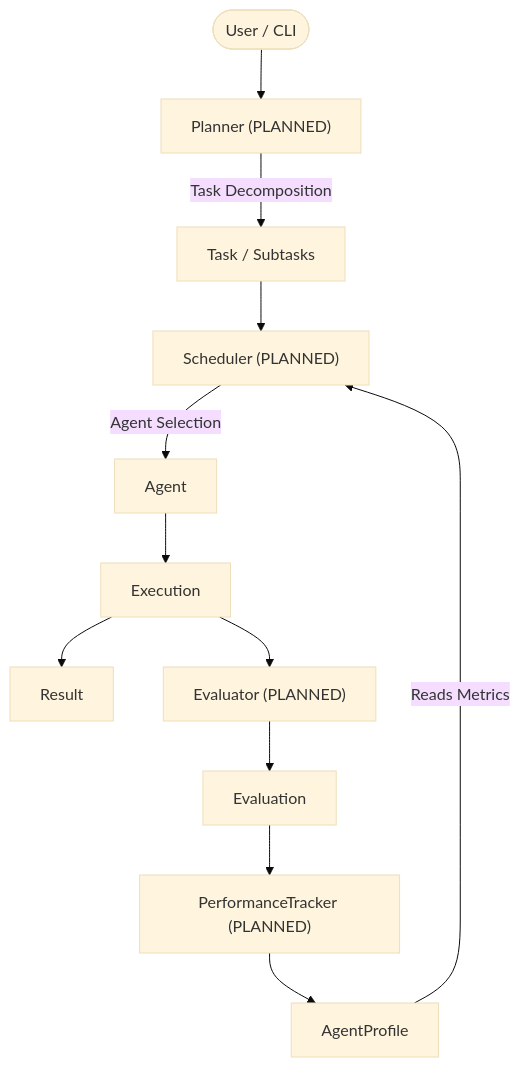
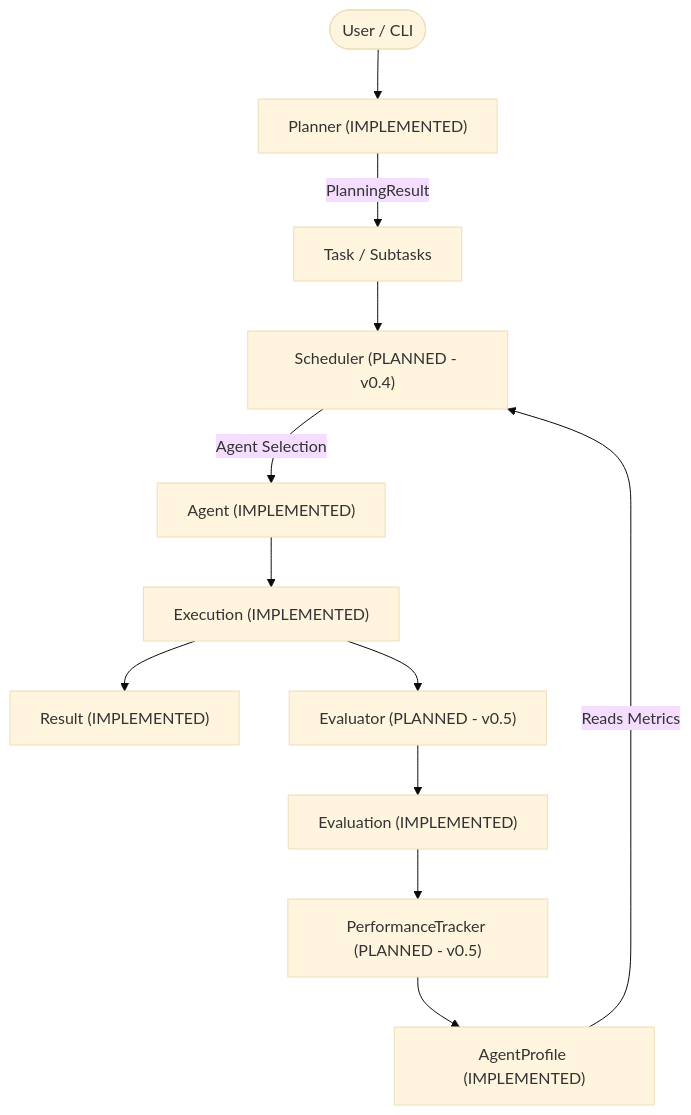
One commit to AsmitBhandari/ABOS changed the second of 2 diagrams in context/ARCHITECTURE.md. Above: the diagram before and after it, drawn with Mermaid (base theme). The commit also changed other lines of this file and 12 other files, not shown here.

Commit message:
feat: add ABOS v0.3 planner and task decomposition

````diff
--- a/context/ARCHITECTURE.md
+++ b/context/ARCHITECTURE.md
@@ -62,14 +78,14 @@
 ```mermaid
 flowchart TD
-    User([User / CLI]) --> Planner["Planner (PLANNED)"]
-    Planner -->|Task Decomposition| Task["Task / Subtasks"]
-    Task --> Scheduler["Scheduler (PLANNED)"]
-    Scheduler -->|Agent Selection| Agent["Agent"]
-    Agent --> Execution["Execution"]
-    Execution --> Result["Result"]
-    Execution --> Evaluator["Evaluator (PLANNED)"]
-    Evaluator --> Evaluation["Evaluation"]
-    Evaluation --> PerformanceTracker["PerformanceTracker (PLANNED)"]
-    PerformanceTracker --> AgentProfile["AgentProfile"]
+    User([User / CLI]) --> Planner["Planner (IMPLEMENTED)"]
+    Planner -->|PlanningResult| Task["Task / Subtasks"]
+    Task --> Scheduler["Scheduler (PLANNED - v0.4)"]
+    Scheduler -->|Agent Selection| Agent["Agent (IMPLEMENTED)"]
+    Agent --> Execution["Execution (IMPLEMENTED)"]
+    Execution --> Result["Result (IMPLEMENTED)"]
+    Execution --> Evaluator["Evaluator (PLANNED - v0.5)"]
+    Evaluator --> Evaluation["Evaluation (IMPLEMENTED)"]
+    Evaluation --> PerformanceTracker["PerformanceTracker (PLANNED - v0.5)"]
+    PerformanceTracker --> AgentProfile["AgentProfile (IMPLEMENTED)"]
     AgentProfile -->|Reads Metrics| Scheduler
 ```
````
